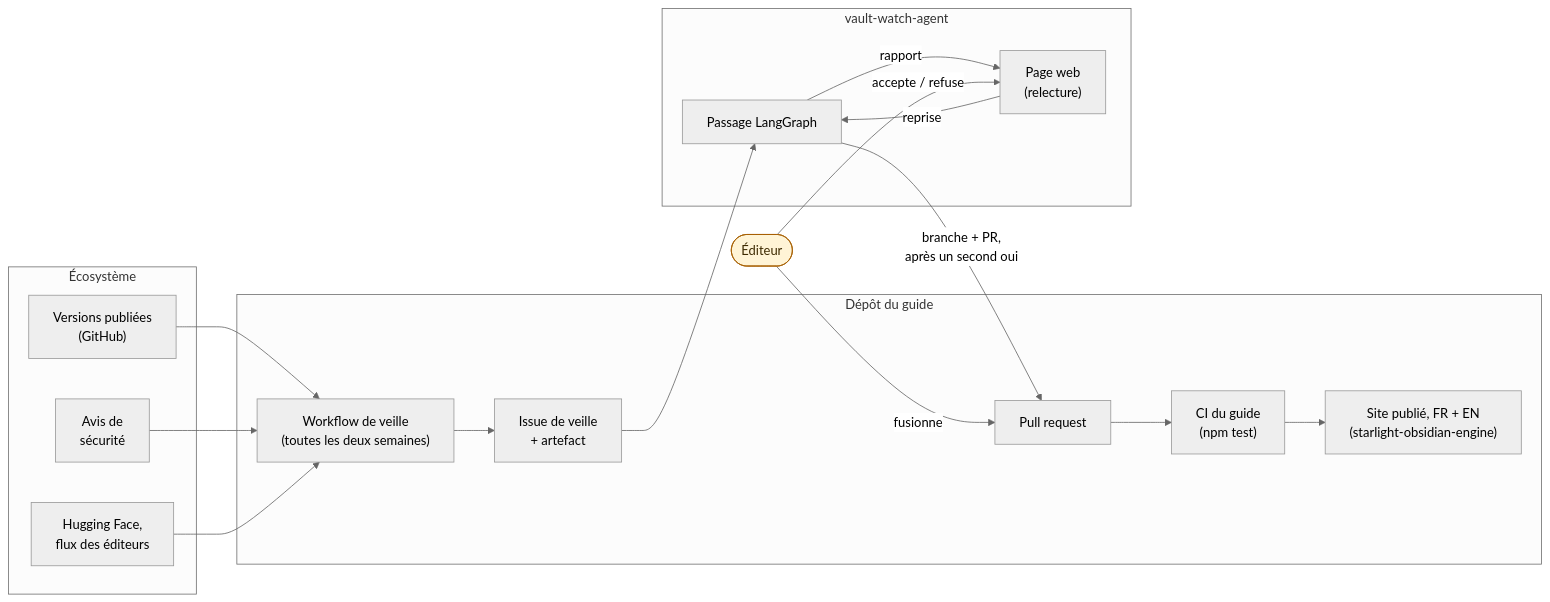
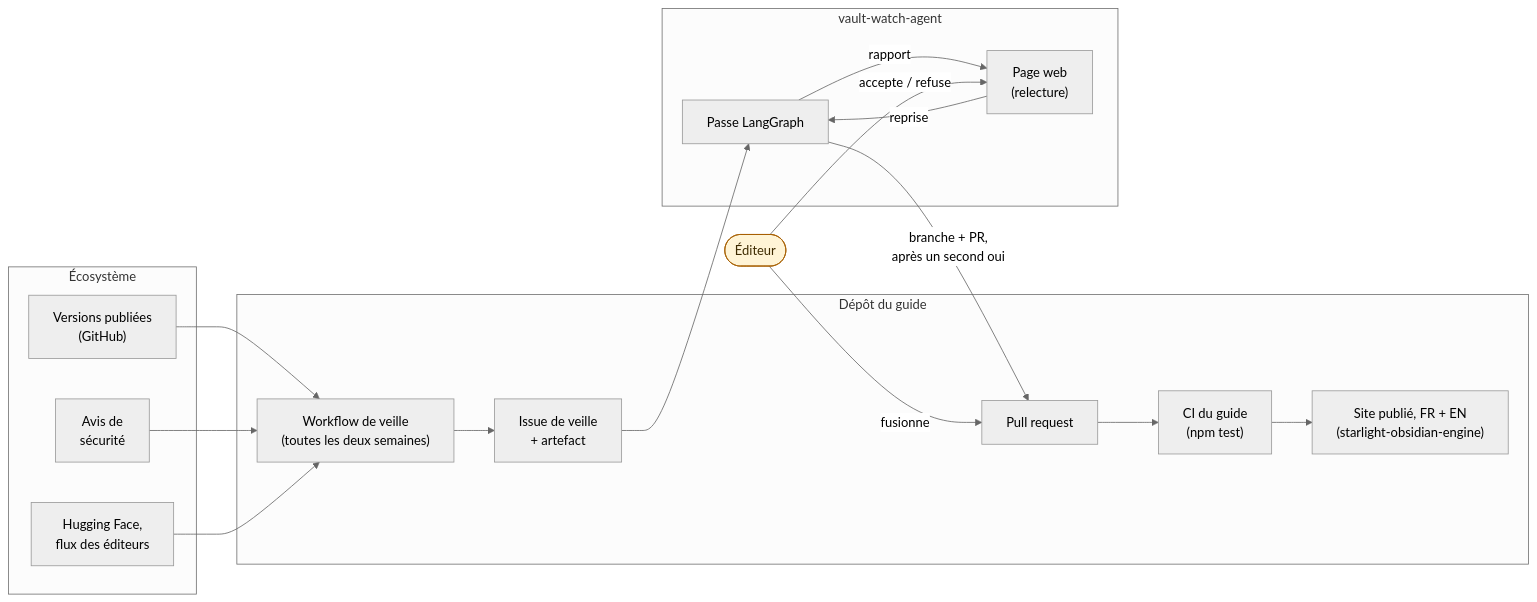
Before and after one commit to DamienBecherini/vault-watch-agent: the second of 6 diagrams in docs/fr/presentation.md, drawn with Mermaid (neutral theme). The commit also changed other lines of this file and 15 other files, not shown here.

Commit message:
docs(fr): « passe » for a run of the agent, « passage » kept for a piece of text, as in the interface

````diff
--- a/docs/fr/presentation.md
+++ b/docs/fr/presentation.md
@@ -46,31 +46,31 @@
 ```mermaid
 flowchart LR
   subgraph eco["Écosystème"]
     rel["Versions publiées<br/>(GitHub)"]
     adv["Avis de<br/>sécurité"]
     hf["Hugging Face,<br/>flux des éditeurs"]
   end
   subgraph guide["Dépôt du guide"]
     wf["Workflow de veille<br/>(toutes les deux semaines)"]
     issue["Issue de veille<br/>+ artefact"]
     pr["Pull request"]
     ci["CI du guide<br/>(npm test)"]
     site["Site publié, FR + EN<br/>(starlight-obsidian-engine)"]
   end
   subgraph agent["vault-watch-agent"]
-    run["Passage LangGraph"]
+    run["Passe LangGraph"]
     ui["Page web<br/>(relecture)"]
   end
   human(["Éditeur"])
   rel --> wf
   adv --> wf
   hf --> wf
   wf --> issue --> run
   run -->|"rapport"| ui
   human -->|"accepte / refuse"| ui
   ui -->|"reprise"| run
   run -->|"branche + PR,<br/>après un second oui"| pr --> ci --> site
   human -->|"fusionne"| pr
   classDef person fill:#fff4d6,stroke:#a65f00,color:#3d2a00
   class human person
 ```
````
